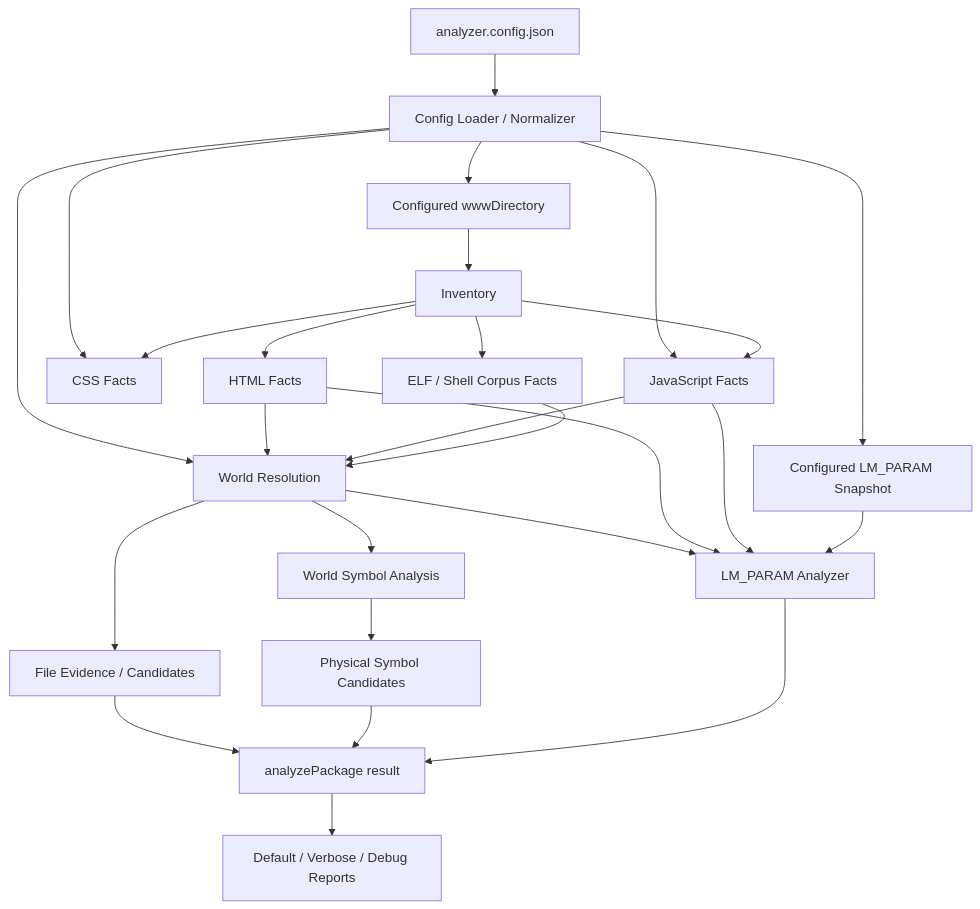
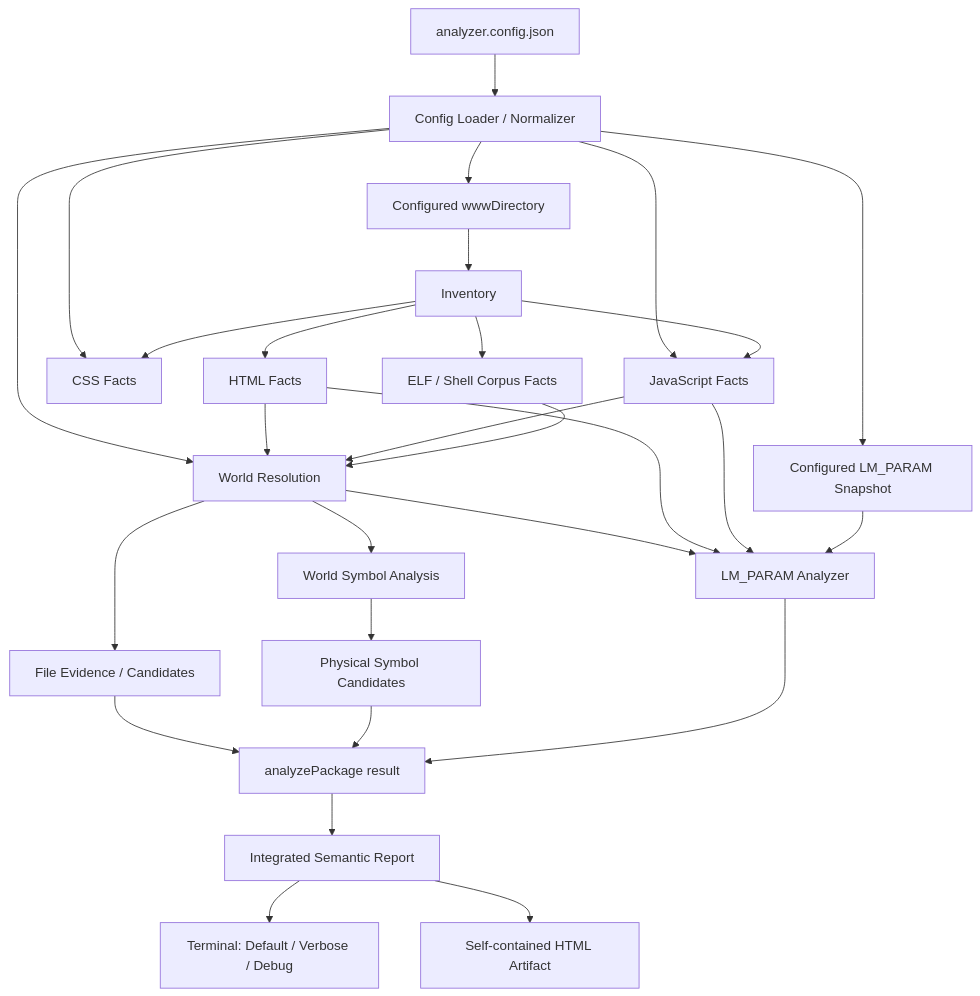
The diagram in Architecture.md (Kellen-hung/web-analyzer), drawn with Mermaid before and after one commit. The commit also changed other lines of this file and 9 other files, not shown here.

````diff
--- a/Architecture.md
+++ b/Architecture.md
@@ -40,32 +49,34 @@
 ```mermaid
 flowchart TD
     Config[analyzer.config.json] --> ConfigLoader[Config Loader / Normalizer]
     ConfigLoader --> WWW[Configured wwwDirectory]
     ConfigLoader --> LMJSON[Configured LM_PARAM Snapshot]
     ConfigLoader --> Worlds
     ConfigLoader --> JS
     ConfigLoader --> CSS
 
     WWW --> Inventory[Inventory]
     Inventory --> HTML[HTML Facts]
     Inventory --> JS[JavaScript Facts]
     Inventory --> CSS[CSS Facts]
     Inventory --> Corpus[ELF / Shell Corpus Facts]
 
     HTML --> Worlds[World Resolution]
     JS --> Worlds
     Corpus --> Worlds
     Worlds --> FileReport[File Evidence / Candidates]
     Worlds --> SymbolFacts[World Symbol Analysis]
     SymbolFacts --> SymbolCandidates[Physical Symbol Candidates]
 
     Worlds --> LMAnalyzer[LM_PARAM Analyzer]
     HTML --> LMAnalyzer
     JS --> LMAnalyzer
     LMJSON --> LMAnalyzer
 
     FileReport --> Result[analyzePackage result]
     SymbolCandidates --> Result
     LMAnalyzer --> Result
-    Result --> CLI[Default / Verbose / Debug Reports]
+    Result --> IntegratedReport[Integrated Semantic Report]
+    IntegratedReport --> CLI[Terminal: Default / Verbose / Debug]
+    IntegratedReport --> HTMLReport[Self-contained HTML Artifact]
 ```
````
